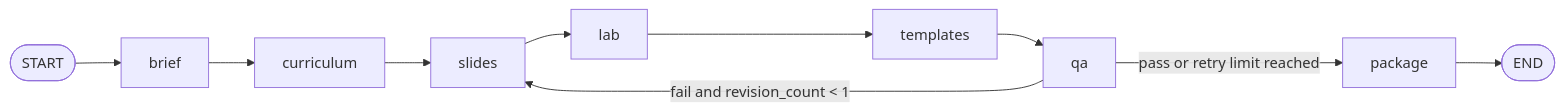
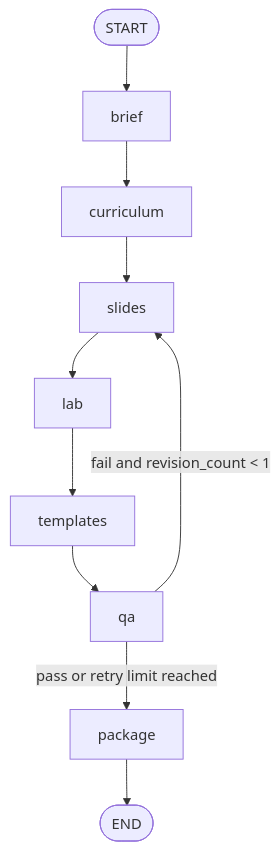
One commit to andersrmr/training-factory changed the diagram in README.md. Above: the diagram before and after it, drawn with Mermaid.

Commit message:
docs: align README architecture diagram with graph.md

````diff
--- a/README.md
+++ b/README.md
@@ -95,12 +95,12 @@
 ```mermaid
-flowchart LR
-  START([START]) --> brief[brief]
-  brief --> curriculum[curriculum]
-  curriculum --> slides[slides]
-  slides --> lab[lab]
-  lab --> templates[templates]
-  templates --> qa[qa]
-  qa -->|fail and revision_count < 1| slides
-  qa -->|pass or retry limit reached| package[package]
-  package --> END([END])
+flowchart TD
+    START([START]) --> brief[brief]
+    brief --> curriculum[curriculum]
+    curriculum --> slides[slides]
+    slides --> lab[lab]
+    lab --> templates[templates]
+    templates --> qa[qa]
+    qa -->|fail and revision_count < 1| slides
+    qa -->|pass or retry limit reached| package[package]
+    package --> END([END])
 ```
````
